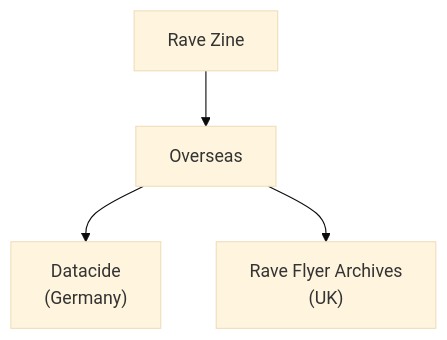
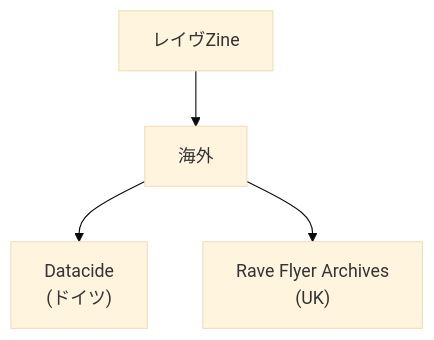
One commit to monumental-movement/monumental-movement.github.io changed the diagram in en/_posts/2025-09-29-Column-Rave-Zine-Save.md. Above: the diagram before and after it, drawn with Mermaid (base theme). The commit also changed 211 other files, not shown here.

```diff
--- a/en/_posts/2025-09-29-Column-Rave-Zine-Save.md
+++ b/en/_posts/2025-09-29-Column-Rave-Zine-Save.md
@@ -96,8 +96,8 @@
 <div class="mermaid">
 flowchart TD
 
-A["Rave Zine"] --> B["Overseas"]
+    A["レイヴZine"] --> B["海外"]
     
-B --> B1["Datacide<br>(Germany)"]
-B --> B2["Rave Flyer Archives<br>(UK)"]
+    B --> B1["Datacide<br>(ドイツ)"]
+    B --> B2["Rave Flyer Archives<br>(UK)"]
 </div>
```
